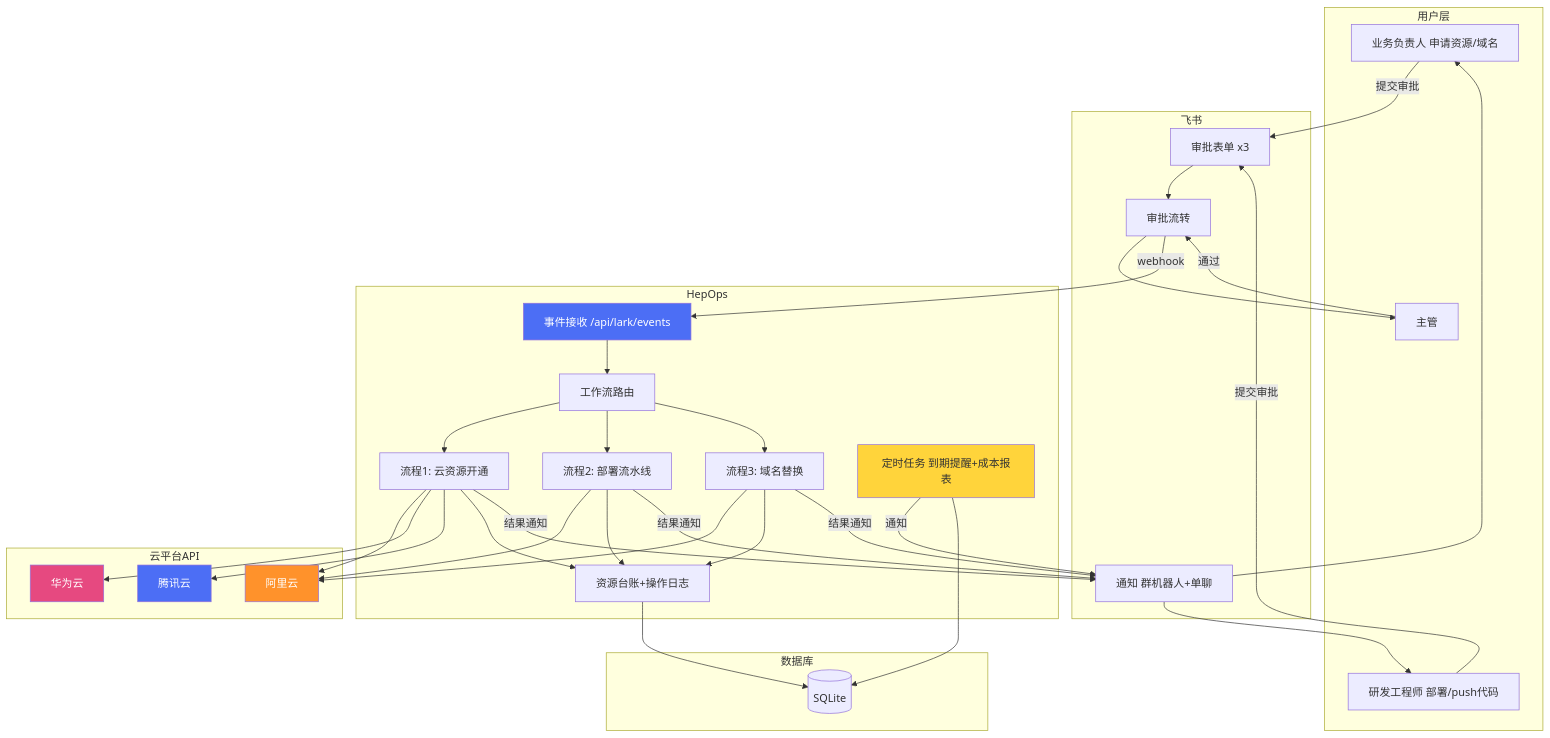
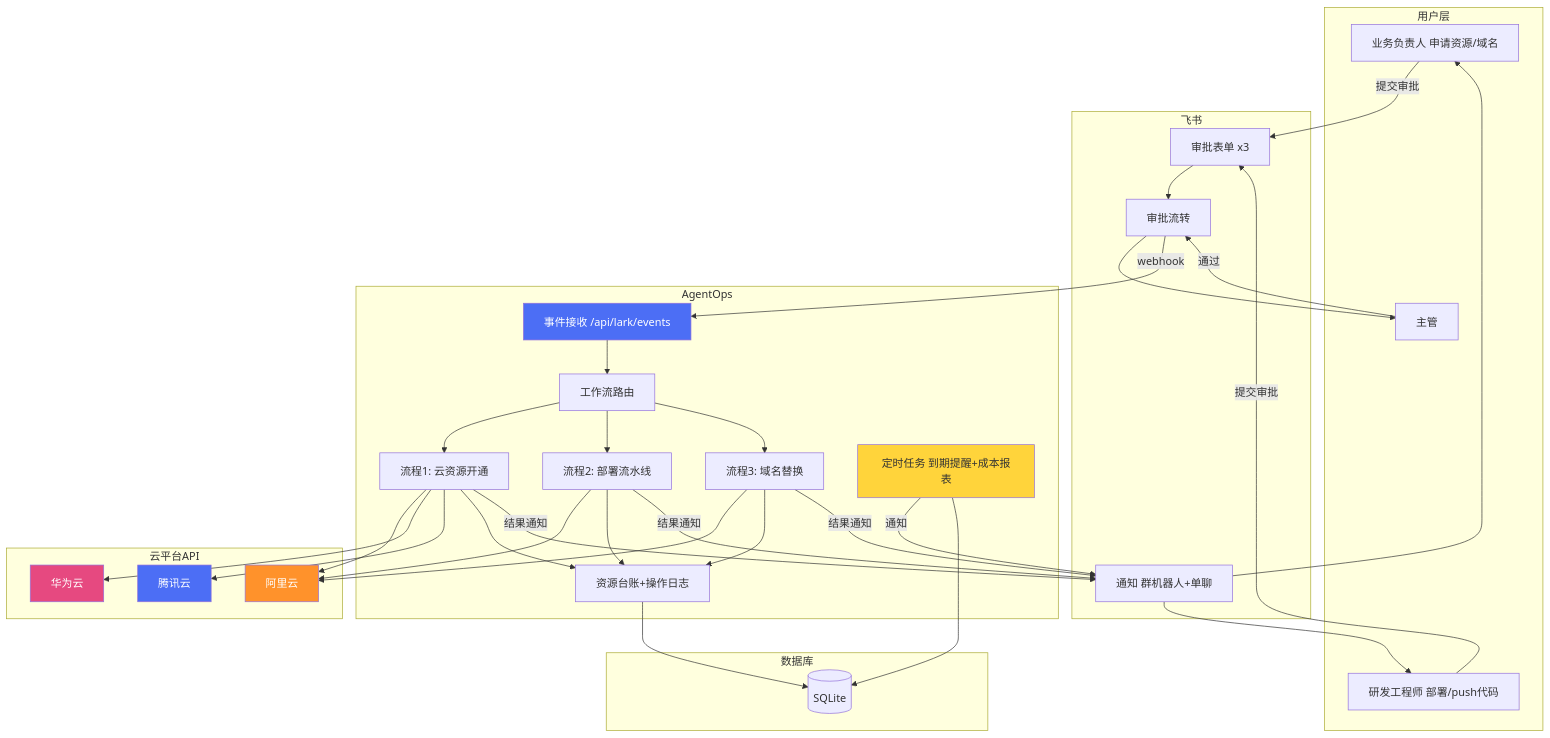
Before and after one commit to serena-ai-architect/agentOps: the seventh of 11 diagrams in docs/workflow-diagrams.md, drawn with Mermaid. The commit also changed other lines of this file and 11 other files, not shown here.

First line of the commit message:
Rename project: HepOps → AgentOps (AI-native DevOps platform)

````diff
--- a/docs/workflow-diagrams.md
+++ b/docs/workflow-diagrams.md
@@ -250,72 +250,72 @@
 ```mermaid
 %%{init: {'flowchart': {'useMaxWidth': false}} }%%
 flowchart TB
     subgraph 用户层
         U1["业务负责人 申请资源/域名"]
         U2["研发工程师 部署/push代码"]
         M[主管]
     end
 
     subgraph 飞书
         LA["审批表单 x3"]
         LB[审批流转]
         LC["通知 群机器人+单聊"]
     end
 
-    subgraph HepOps
+    subgraph AgentOps
         EA["事件接收 /api/lark/events"]
         EB[工作流路由]
         EC["流程1: 云资源开通"]
         ED["流程2: 部署流水线"]
         EE["流程3: 域名替换"]
         EF["定时任务 到期提醒+成本报表"]
         EG[资源台账+操作日志]
     end
 
     subgraph 云平台API
         CA["阿里云"]
         CB["华为云"]
         CC["腾讯云"]
     end
 
     subgraph 数据库
         DB[(SQLite)]
     end
 
     U1 -->|提交审批| LA
     U2 -->|提交审批| LA
     LA --> LB
     LB --> M
     M -->|通过| LB
     LB -->|webhook| EA
     EA --> EB
     EB --> EC
     EB --> ED
     EB --> EE
 
     EC --> CA
     EC --> CB
     EC --> CC
     ED --> CA
     EE --> CA
 
     EC --> EG
     ED --> EG
     EE --> EG
     EG --> DB
 
     EF -->|通知| LC
     EF --> DB
 
     EC -->|结果通知| LC
     ED -->|结果通知| LC
     EE -->|结果通知| LC
     LC --> U1
     LC --> U2
 
     style EA fill:#4c6ef5,color:#fff
     style EF fill:#ffd43b,color:#333
     style CA fill:#ff922b,color:#fff
     style CB fill:#e64980,color:#fff
     style CC fill:#4c6ef5,color:#fff
 ```
````
